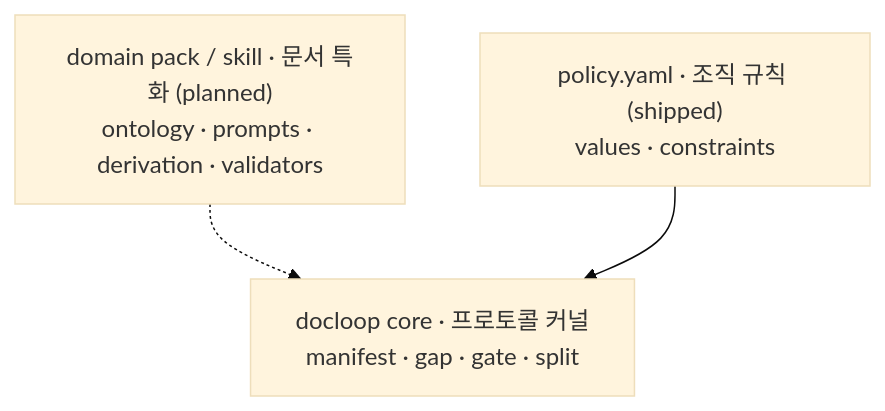
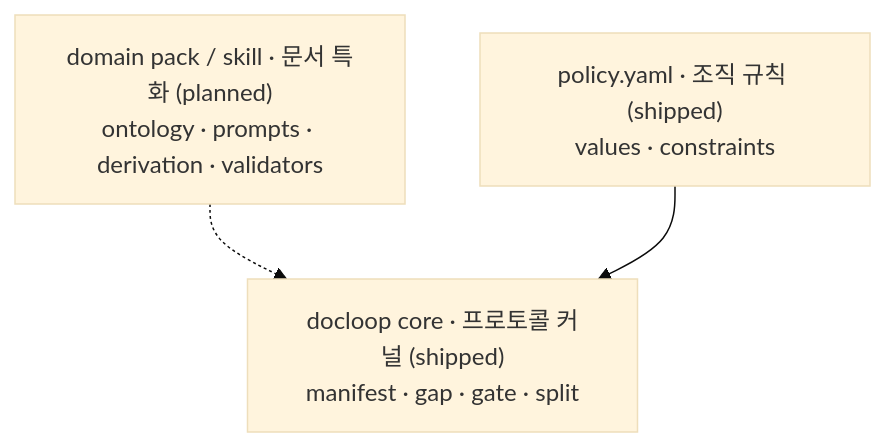
Before and after one commit to kaidomo/docloop: the diagram in README.md, drawn with Mermaid (base theme). The commit also changed other lines of this file, not shown here.

````diff
--- a/README.md
+++ b/README.md
@@ -134,8 +135,8 @@
 ```mermaid
 flowchart TB
   dom["domain pack / skill · 문서 특화 (planned)<br/>ontology · prompts · derivation · validators"]
   pol["policy.yaml · 조직 규칙 (shipped)<br/>values · constraints"]
-  core["docloop core · 프로토콜 커널<br/>manifest · gap · gate · split"]
+  core["docloop core · 프로토콜 커널 (shipped)<br/>manifest · gap · gate · split"]
   dom -.-> core
   pol --> core
 ```
````
